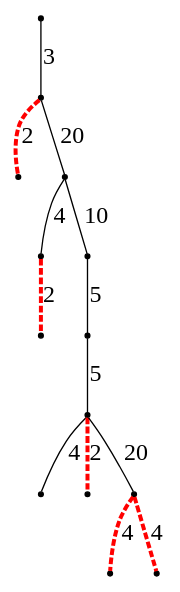
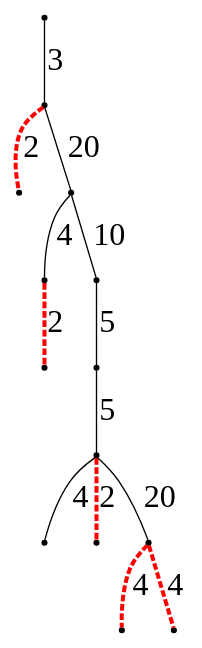
One commit to sgolodetz/waterfallpaper changed the diagram in graphs/marcotegui/graphlocalminima.gv. Above: the diagram before and after it, drawn with Graphviz. The commit also changed 16 other files, not shown here.

```diff
--- a/graphs/marcotegui/graphlocalminima.gv
+++ b/graphs/marcotegui/graphlocalminima.gv
@@ -1,20 +1,20 @@
 digraph
 {
 	compound = true;
 	node [shape=point, color=black, label=""];
-	edge [dir=both, arrowtail=none, arrowhead=none, fontsize=18];
+	edge [dir=both, arrowtail=none, arrowhead=none, fontsize=24];
 
 	n0 -> n1 [label=3];
 	n1 -> n2 [label=2, color=red, penwidth=3, style=dashed];
 	n1 -> n3 [label=20];
 	n3 -> n4 [label=4];
 	n3 -> n5 [label=10];
 	n4 -> n6 [label=2, color=red, penwidth=3, style=dashed];
 	n5 -> n7 [label=5];
 	n7 -> n8 [label=5];
 	n8 -> n9 [label=4];
 	n8 -> n10 [label=2, color=red, penwidth=3, style=dashed];
 	n8 -> n11 [label=20];
 	n11 -> n12 [label=4, color=red, penwidth=3, style=dashed];
 	n11 -> n13 [label=4, color=red, penwidth=3, style=dashed];
 }
```
